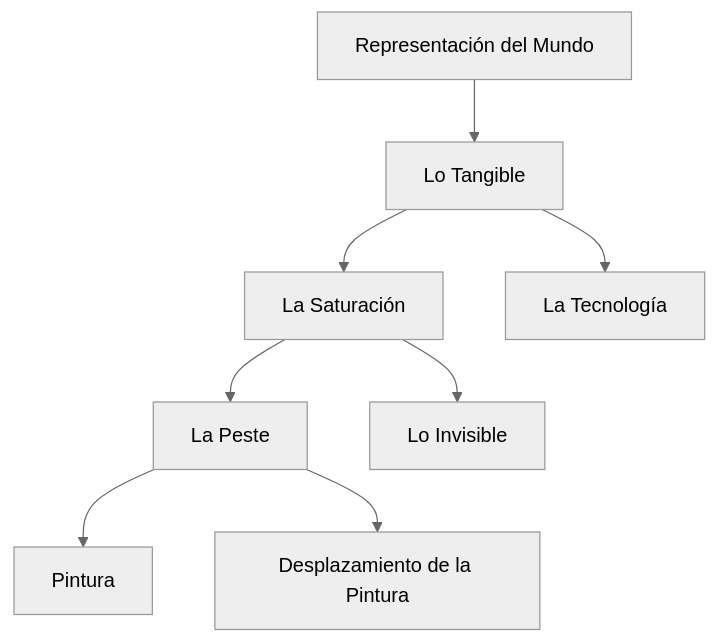
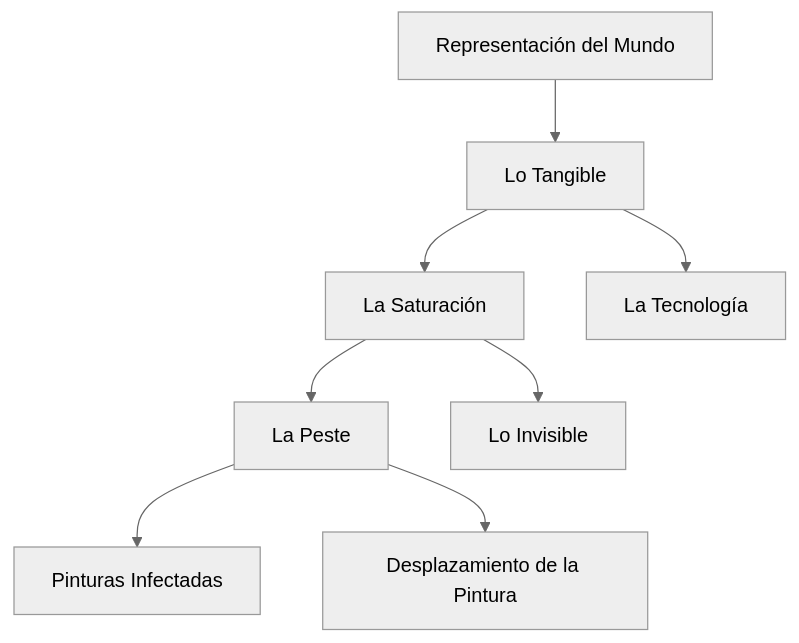
One commit to EGGS-Artesvisuales/EGGS-Artesvisuales.github.io changed the diagram in ES/saturacion.md. Above: the diagram before and after it, drawn with Mermaid (neutral theme).

```diff
--- a/ES/saturacion.md
+++ b/ES/saturacion.md
@@ -30,28 +30,28 @@
 <div class="mermaid">
 graph TD
   RM[Representación del Mundo]
   LT[Lo Tangible]
   LS[La Saturación]
   LTec[La Tecnología]
   LP[La Peste]
   LI[Lo Invisible]
-  P[Pintura]
+  P[Pinturas Infectadas]
   DP[Desplazamiento de la Pintura]
 
   RM --> LT
   LT --> LS
   LT --> LTec
   LS --> LP
   LS --> LI
   LP --> P
   LP --> DP
 
   click RM "/Es/mundo-exterior.html" "Ir a Representación del Mundo"
   click LT "/Es/tangible.html" "Ir a Lo Tangible"
   click LS "/Es/saturacion.html" "Ir a La Saturación"
   click LTec "/Es/tecnologia.html" "Ir a La Tecnología"
   click LP "/Es/la-peste.html" "Ir a La Peste"
   click LI "/Es/lo-invisible.html" "Ir a Lo Invisible"
-  click P "/Es/pinturas.html" "Ir a Pintura"
+  click P "/Es/peste-pinturas-infectadas.html" "Ir a Pintura"
   click DP "/Es/desplazamiento-pintura.html" "Ir a Desplazamiento de la Pintura"
 </div>
```
